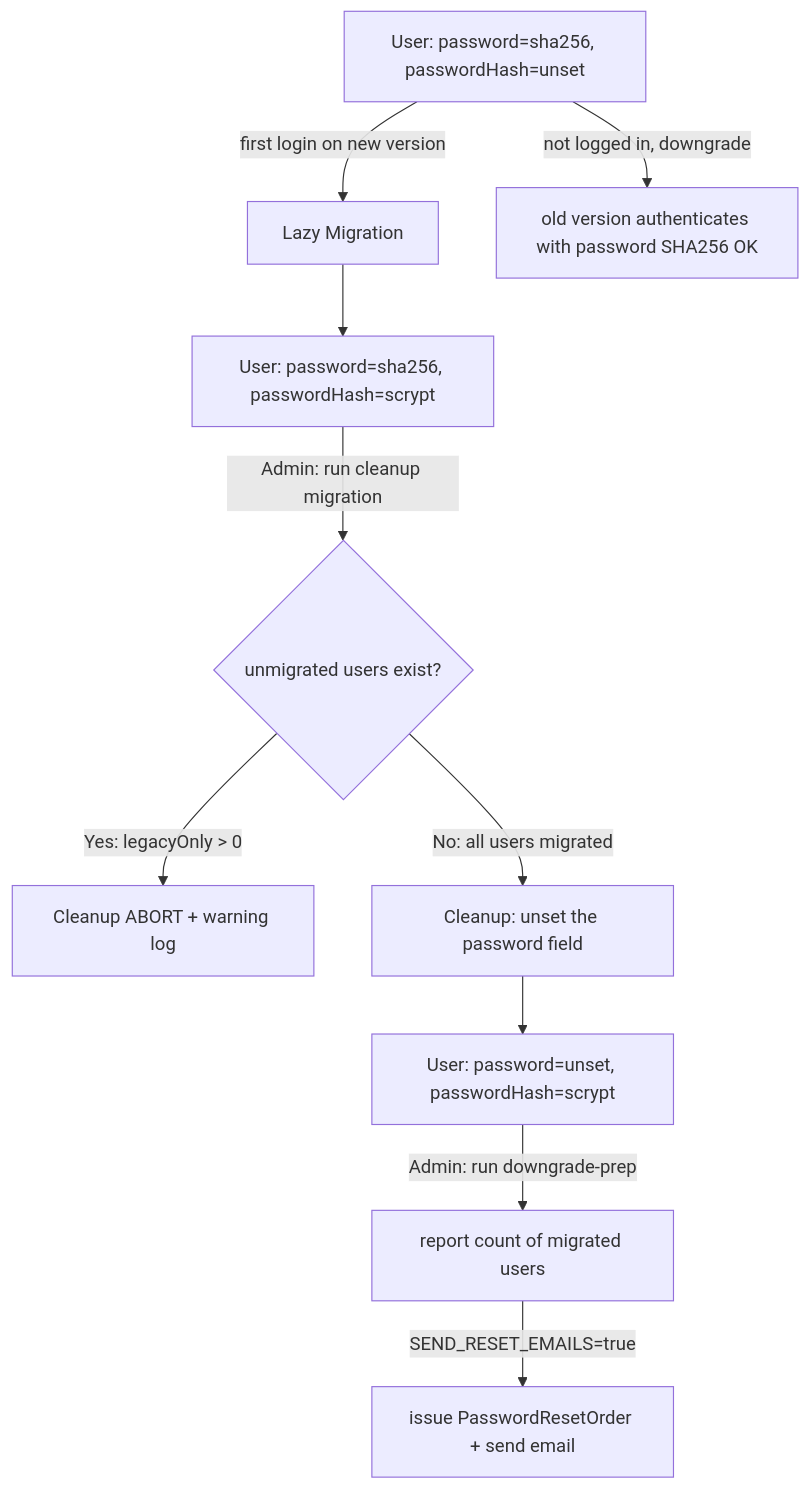
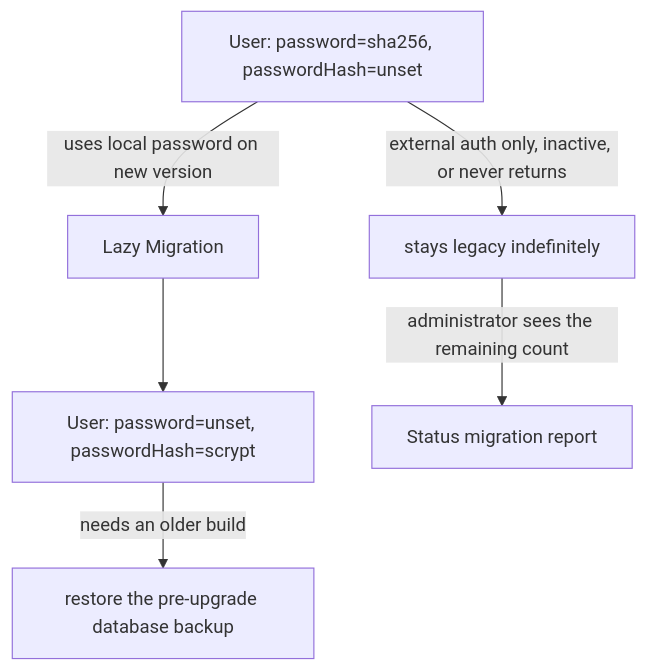
One commit to growilabs/growi changed the third of 4 diagrams in .kiro/specs/password-hash-upgrade/design.md. Above: the diagram before and after it, drawn with Mermaid. The commit also changed other lines of this file and 8 other files, not shown here.

````diff
--- a/.kiro/specs/password-hash-upgrade/design.md
+++ b/.kiro/specs/password-hash-upgrade/design.md
@@ -282,12 +271,8 @@
 ```mermaid
 flowchart TD
-    A[User: password=sha256, passwordHash=unset] -->|first login on new version| B[Lazy Migration]
-    B --> C[User: password=sha256, passwordHash=scrypt]
-    C -->|Admin: run cleanup migration| D{unmigrated users exist?}
-    D -->|Yes: legacyOnly > 0| E[Cleanup ABORT + warning log]
-    D -->|No: all users migrated| F[Cleanup: unset the password field]
-    F --> G[User: password=unset, passwordHash=scrypt]
-    G -->|Admin: run downgrade-prep| H[report count of migrated users]
-    H -->|SEND_RESET_EMAILS=true| I[issue PasswordResetOrder + send email]
-    A -->|not logged in, downgrade| A2[old version authenticates with password SHA256 OK]
+    A[User: password=sha256, passwordHash=unset] -->|uses local password on new version| B[Lazy Migration]
+    B --> C[User: password=unset, passwordHash=scrypt]
+    A -->|external auth only, inactive, or never returns| A2[stays legacy indefinitely]
+    A2 -->|administrator sees the remaining count| S[Status migration report]
+    C -->|needs an older build| R[restore the pre-upgrade database backup]
 ```
````
